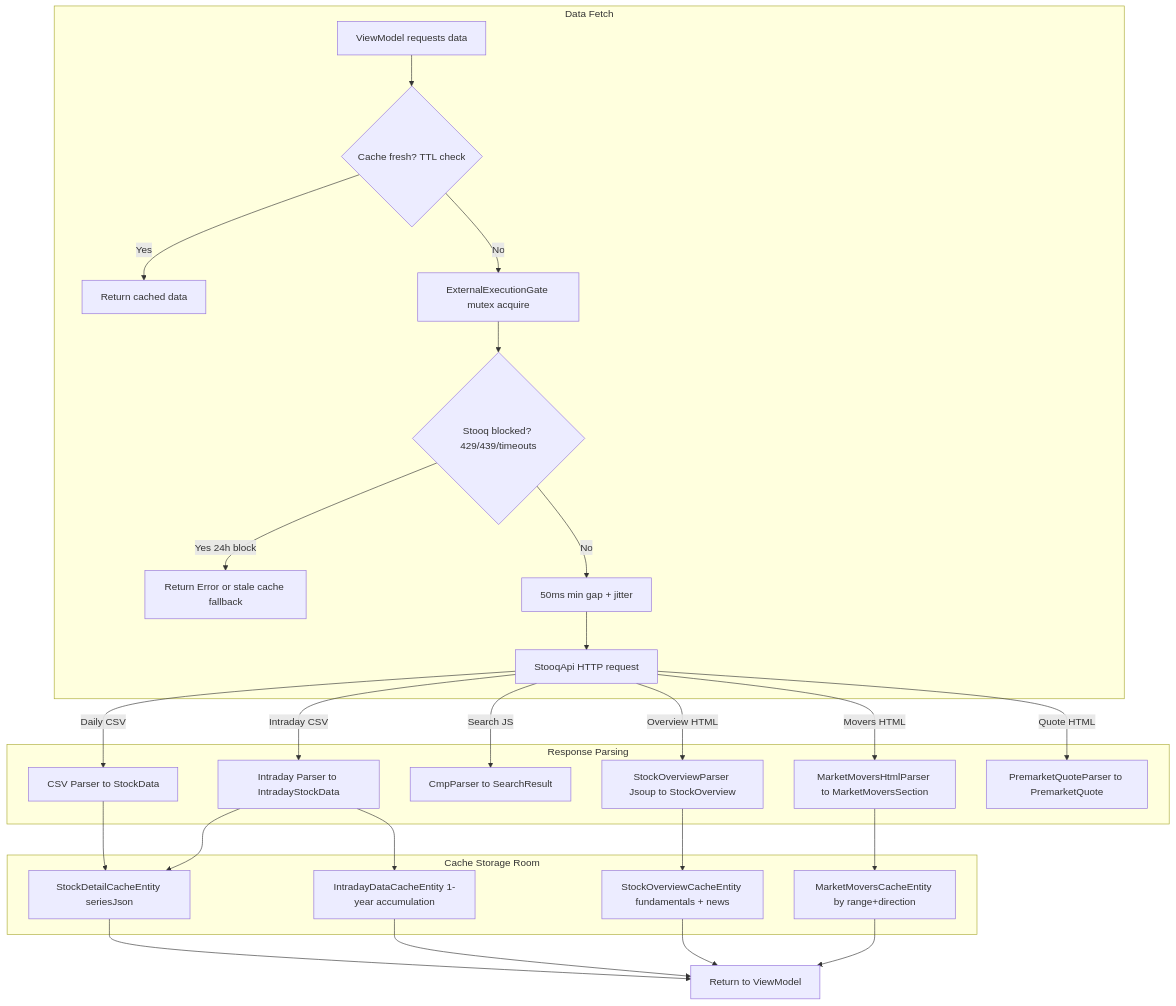
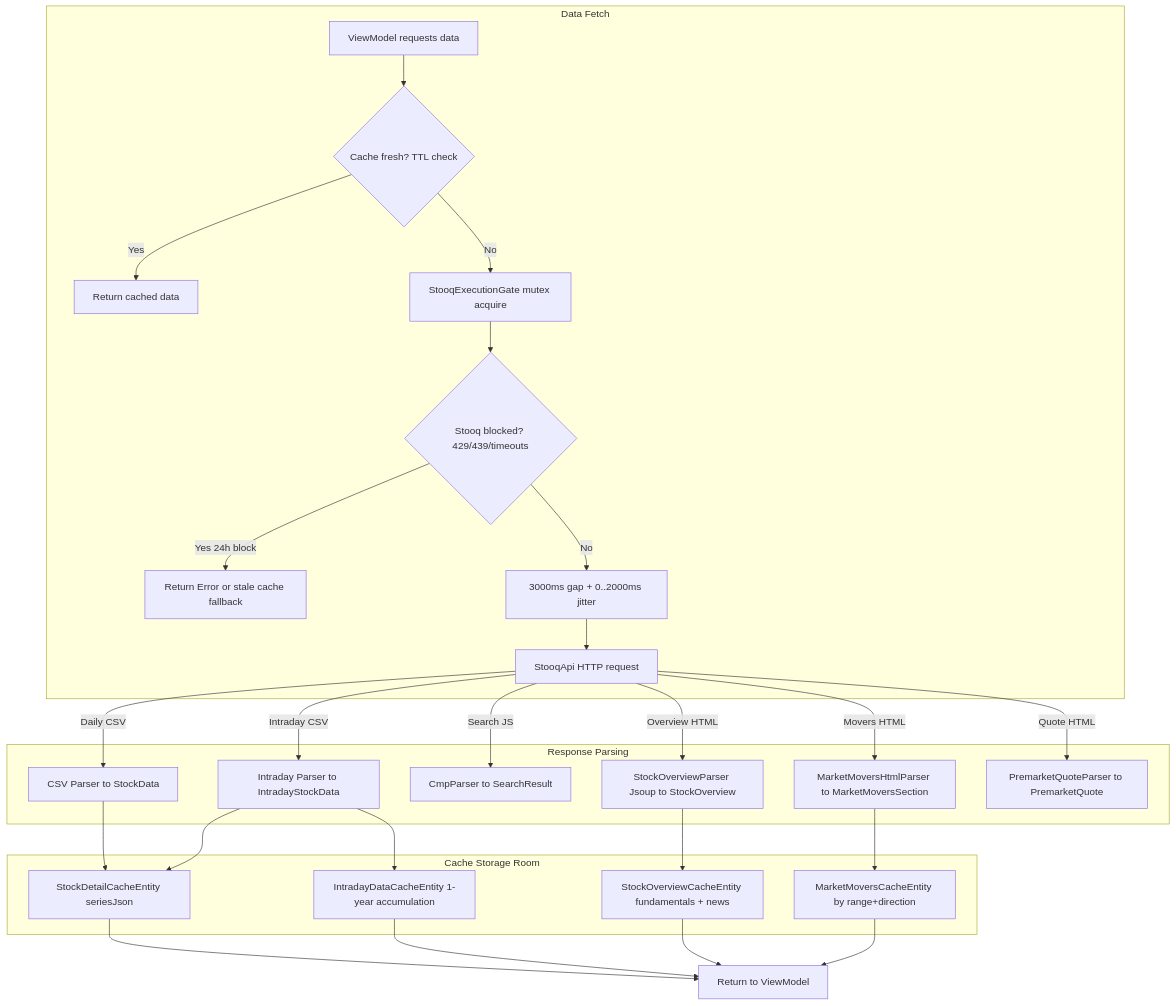
Before and after one commit to lefevre7/StockSignal: the seventh of 12 diagrams in docs/CURRENT_DESIGN.md, drawn with Mermaid. The commit also changed other lines of this file and 65 other files, not shown here.

````diff
--- a/docs/CURRENT_DESIGN.md
+++ b/docs/CURRENT_DESIGN.md
@@ -440,30 +440,30 @@
 ```mermaid
 flowchart TD
     subgraph Fetch["Data Fetch"]
         UI_REQ[ViewModel requests data] --> CACHE_CHECK{Cache fresh? TTL check}
         CACHE_CHECK -- Yes --> RETURN_CACHE[Return cached data]
-        CACHE_CHECK -- No --> GATE[ExternalExecutionGate mutex acquire]
+        CACHE_CHECK -- No --> GATE[StooqExecutionGate mutex acquire]
         GATE --> BLOCK_CHECK{Stooq blocked? 429/439/timeouts}
         BLOCK_CHECK -- Yes 24h block --> ERR[Return Error or stale cache fallback]
-        BLOCK_CHECK -- No --> THROTTLE[50ms min gap + jitter]
+        BLOCK_CHECK -- No --> THROTTLE[3000ms gap + 0..2000ms jitter]
         THROTTLE --> API[StooqApi HTTP request]
     end
 
     subgraph Parse["Response Parsing"]
         API -- Daily CSV --> CSV_P[CSV Parser to StockData]
         API -- Intraday CSV --> ICSV_P[Intraday Parser to IntradayStockData]
         API -- Search JS --> CMP_P[CmpParser to SearchResult]
         API -- Overview HTML --> OV_P[StockOverviewParser Jsoup to StockOverview]
         API -- Movers HTML --> MM_P[MarketMoversHtmlParser to MarketMoversSection]
         API -- Quote HTML --> PQ_P[PremarketQuoteParser to PremarketQuote]
     end
 
     subgraph Store["Cache Storage Room"]
         CSV_P & ICSV_P --> SDC[StockDetailCacheEntity seriesJson]
         ICSV_P --> IDC[IntradayDataCacheEntity 1-year accumulation]
         OV_P --> OVC[StockOverviewCacheEntity fundamentals + news]
         MM_P --> MMC[MarketMoversCacheEntity by range+direction]
     end
 
     SDC & IDC & OVC & MMC --> RETURN[Return to ViewModel]
 ```
````
